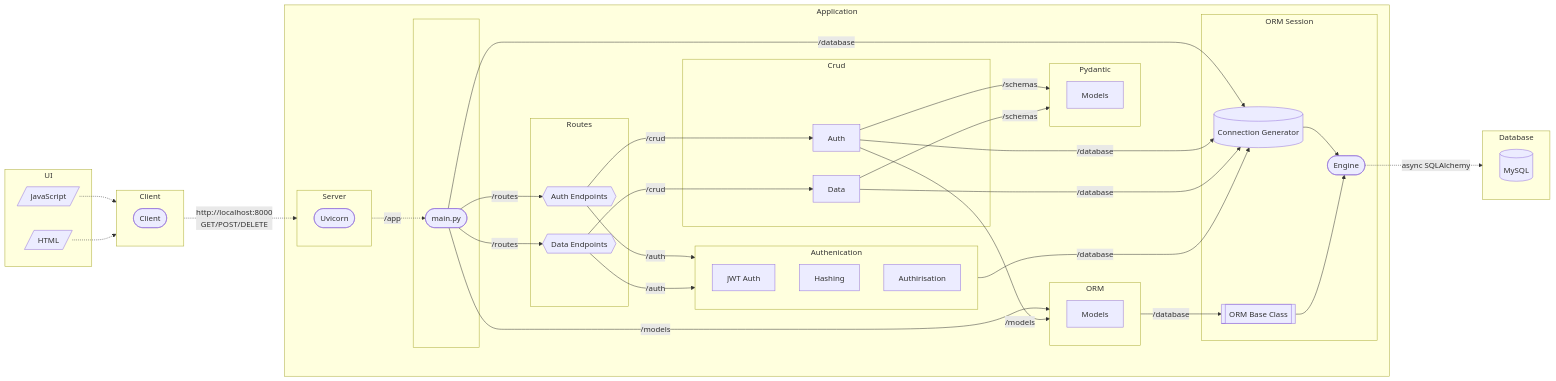
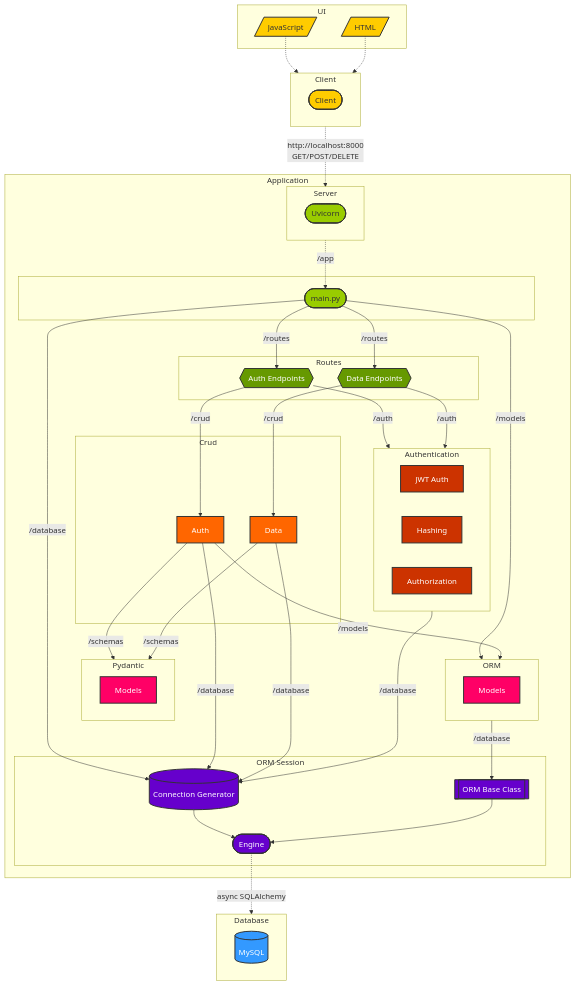
Before and after one commit to hawa1222/database-api: the diagram in diagrams/api_architecture.md, drawn with Mermaid. The commit also changed 2 other files, not shown here.

Commit message:
Update API architecture diagrams

````diff
--- a/diagrams/api_architecture.md
+++ b/diagrams/api_architecture.md
@@ -1,5 +1,15 @@
 ```mermaid
-flowchart LR
+flowchart TD
+    %% Global styles for better visibility on light and dark backgrounds
+    classDef default fill:#f0f0f0,stroke:#333,stroke-width:2px,color:#333
+    classDef highlight fill:#ffcc00,stroke:#333,stroke-width:2px,color:#333
+    classDef server fill:#99cc00,stroke:#333,stroke-width:2px,color:#333
+    classDef routes fill:#669900,stroke:#333,stroke-width:2px,color:#fff
+    classDef crud fill:#ff6600,stroke:#333,stroke-width:2px,color:#fff
+    classDef auth fill:#cc3300,stroke:#333,stroke-width:2px,color:#fff
+    classDef models fill:#ff0066,stroke:#333,stroke-width:2px,color:#fff
+    classDef orm fill:#6600cc,stroke:#333,stroke-width:2px,color:#fff
+    classDef database fill:#3399ff,stroke:#333,stroke-width:2px,color:#fff
 
     subgraph UI
         A0[/JavaScript/]
@@ -11,7 +21,6 @@
     end
 
     subgraph Application
-        
         subgraph Server
             B([Uvicorn])
         end
@@ -30,10 +39,10 @@
             E2[Data]
         end
 
-        subgraph Authenication
+        subgraph Authentication
             F1[JWT Auth]
             F2[Hashing]
-            F3[Authirisation]
+            F3[Authorization]
         end
 
         subgraph Pydantic
@@ -49,37 +58,40 @@
             I2[[ORM Base Class]]
             I3[(Connection Generator)]
         end
-
     end
 
     subgraph Database
         G[(MySQL)]
     end
 
+    %% Connections
     A0 & A00 -.-> Client
     Client -.->|http://localhost:8000<br>GET/POST/DELETE| Server
-
     Server -.-> |/app| C
-
     C --> |/models| ORM
     C --> |/routes| D1
     C --> |/routes| D2
     C --> |/database| I3
-
     E1 & E2 --> |/schemas| Pydantic
     E1 --> |/models| ORM
-    D1 & D2 --> |/auth| Authenication
-    Authenication --> |/database| I3
+    D1 & D2 --> |/auth| Authentication
+    Authentication --> |/database| I3
     D1 --> |/crud| E1
     D2 --> |/crud| E2
     E1 --> |/database| I3
     E2 --> |/database| I3
-
     ORM --> |/database| I2
-
     I3 --> I1
     I2 --> I1
-
     I1 -.->|async SQLAlchemy| Database
 
+    %% Apply classes
+    class A0,A00,A000 highlight;
+    class B,C server;
+    class D1,D2 routes;
+    class E1,E2 crud;
+    class F1,F2,F3 auth;
+    class G1,H1 models;
+    class I1,I2,I3 orm;
+    class G database;
 ```
````
